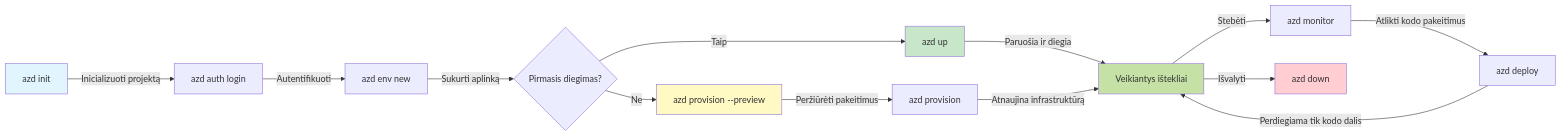
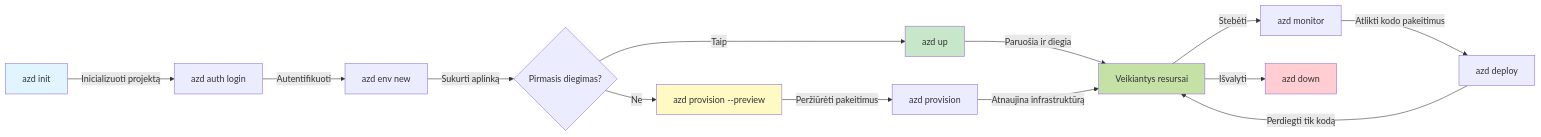
Before and after one commit to microsoft/AZD-for-beginners: the first of 2 diagrams in translations/lt/docs/chapter-01-foundation/azd-basics.md, drawn with Mermaid. The commit also changed other lines of this file and 101 other files, not shown here.

````diff
--- a/translations/lt/docs/chapter-01-foundation/azd-basics.md
+++ b/translations/lt/docs/chapter-01-foundation/azd-basics.md
@@ -254,21 +269,21 @@
 ```mermaid
 graph LR
     A[azd init] -->|Inicializuoti projektą| B[azd auth login]
     B -->|Autentifikuoti| C[azd env new]
     C -->|Sukurti aplinką| D{Pirmasis diegimas?}
     D -->|Taip| E[azd up]
     D -->|Ne| F[azd provision --preview]
     F -->|Peržiūrėti pakeitimus| G[azd provision]
-    E -->|Paruošia ir diegia| H[Veikiantys ištekliai]
+    E -->|Paruošia ir diegia| H[Veikiantys resursai]
     G -->|Atnaujina infrastruktūrą| H
     H -->|Stebėti| I[azd monitor]
     I -->|Atlikti kodo pakeitimus| J[azd deploy]
-    J -->|Perdiegiama tik kodo dalis| H
+    J -->|Perdiegti tik kodą| H
     H -->|Išvalyti| K[azd down]
     
     style A fill:#e1f5fe
     style E fill:#c8e6c9
     style F fill:#fff9c4
     style H fill:#c5e1a5
     style K fill:#ffcdd2
 ```
````
